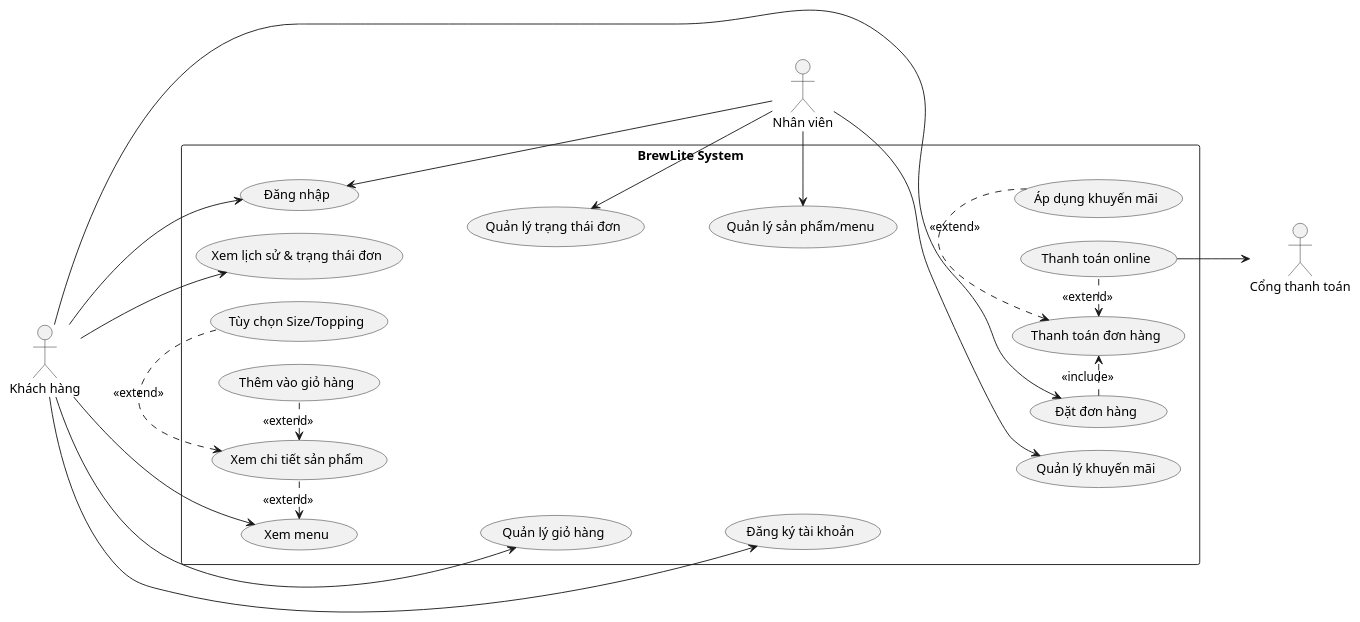
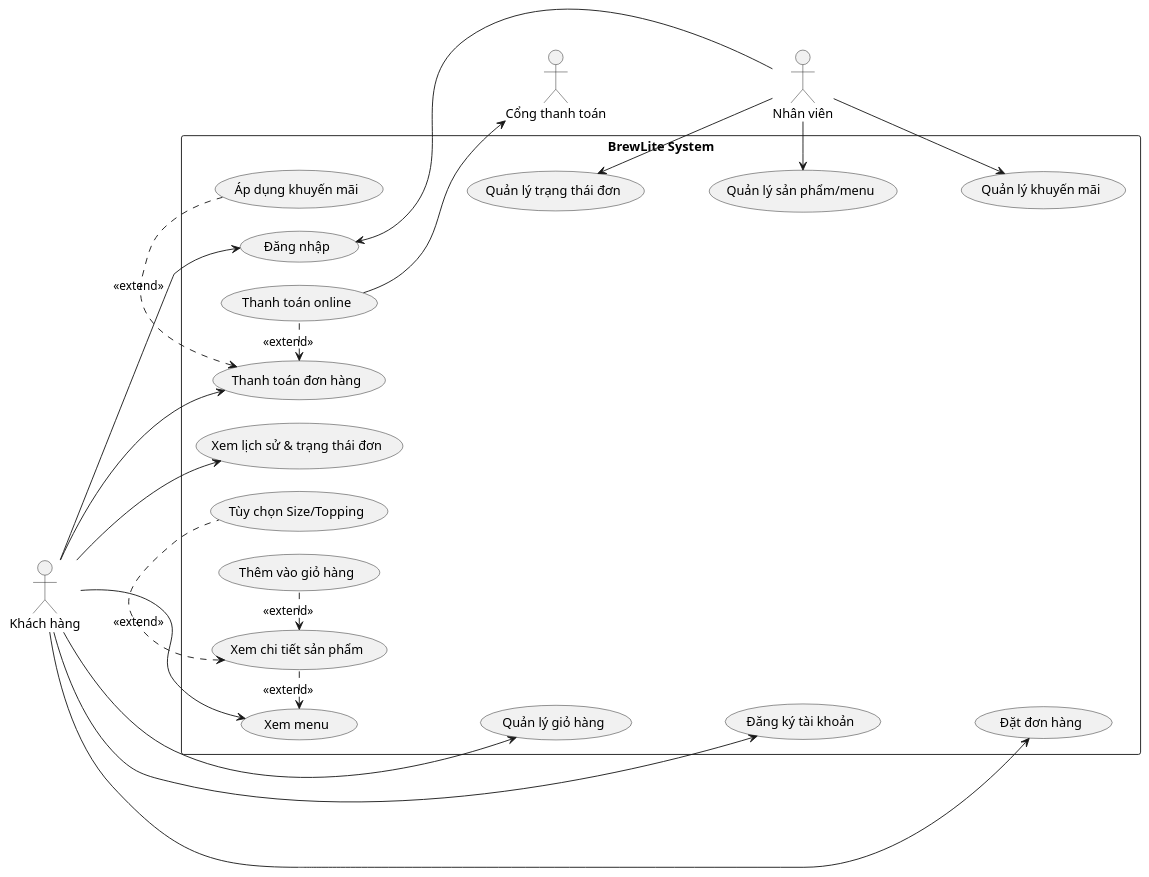
Before and after one commit to minhhhao12/brewlite: the diagram in docs/requirements/use-case-overview.puml, drawn with PlantUML. The commit also changed 3 other files, not shown here.

```diff
--- a/docs/requirements/use-case-overview.puml
+++ b/docs/requirements/use-case-overview.puml
@@ -1,62 +1,61 @@
 @startuml
 left to right direction
 skinparam packageStyle rectangle
 skinparam ranksep 70
 skinparam nodesep 25
 
 actor "Khách hàng" as Customer
 actor "Nhân viên" as Staff
 actor "Cổng thanh toán" as PaymentGateway
 
 rectangle "BrewLite System" {
 ' --- Menu ---
 usecase "Xem menu" as UC1
 usecase "Xem chi tiết sản phẩm" as UC2
 usecase "Tùy chọn Size/Topping" as UC3
 usecase "Thêm vào giỏ hàng" as UC4
 
 ' --- Giỏ hàng & Tài khoản ---
 usecase "Quản lý giỏ hàng" as UC5
 usecase "Đăng ký tài khoản" as UC6
 usecase "Đăng nhập" as UC7
 
 ' --- Đặt hàng & Thanh toán ---
 usecase "Đặt đơn hàng" as UC8
 usecase "Thanh toán đơn hàng" as UC9
 usecase "Áp dụng khuyến mãi" as UC10
 usecase "Thanh toán online" as UC13
 
 ' --- Lịch sử & Quản lý ---
 usecase "Xem lịch sử & trạng thái đơn" as UC11
 usecase "Quản lý trạng thái đơn" as UC12
 usecase "Quản lý sản phẩm/menu" as UC14
 usecase "Quản lý khuyến mãi" as UC15
 }
 
 UC1 -[hidden]down- UC5
 UC5 -[hidden]down- UC6
 UC6 -[hidden]down- UC8
 UC11 -[hidden]down- UC12
 UC12 -[hidden]down- UC14
 UC14 -[hidden]down- UC15
 
 Customer --> UC1
 Customer --> UC5
 Customer --> UC6
 Customer --> UC7
 Customer --> UC8
 Customer --> UC11
-
+Customer --> UC9
 UC2 .left.> UC1 : <<extend>>
 UC3 .left.> UC2 : <<extend>>
 UC4 .left.> UC2 : <<extend>>
-UC8 .right.> UC9 : <<include>>
 UC10 .left.> UC9 : <<extend>>
 UC13 .left.> UC9 : <<extend>>
 UC13 --> PaymentGateway
 
 Staff --> UC7
 Staff -left-> UC12
 Staff -left-> UC14
 Staff -left-> UC15
 @enduml
```
